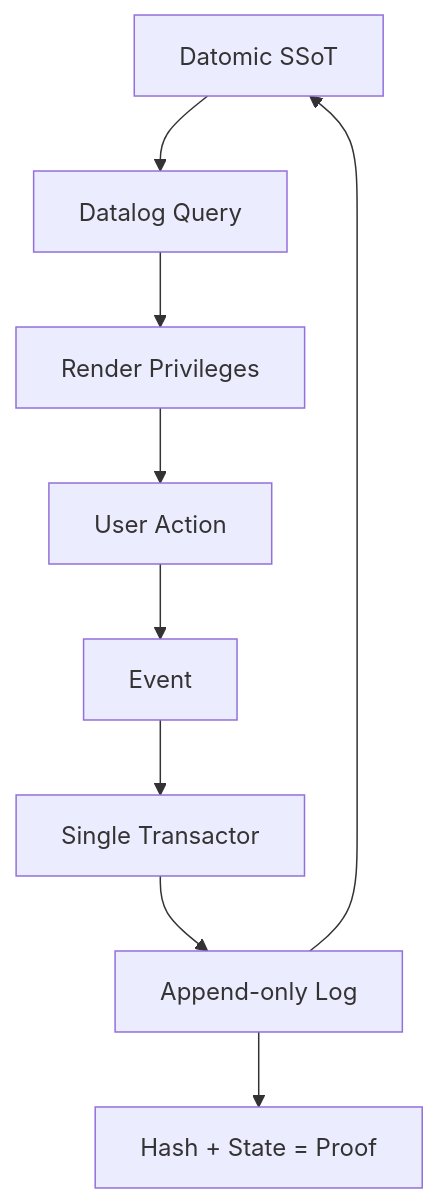
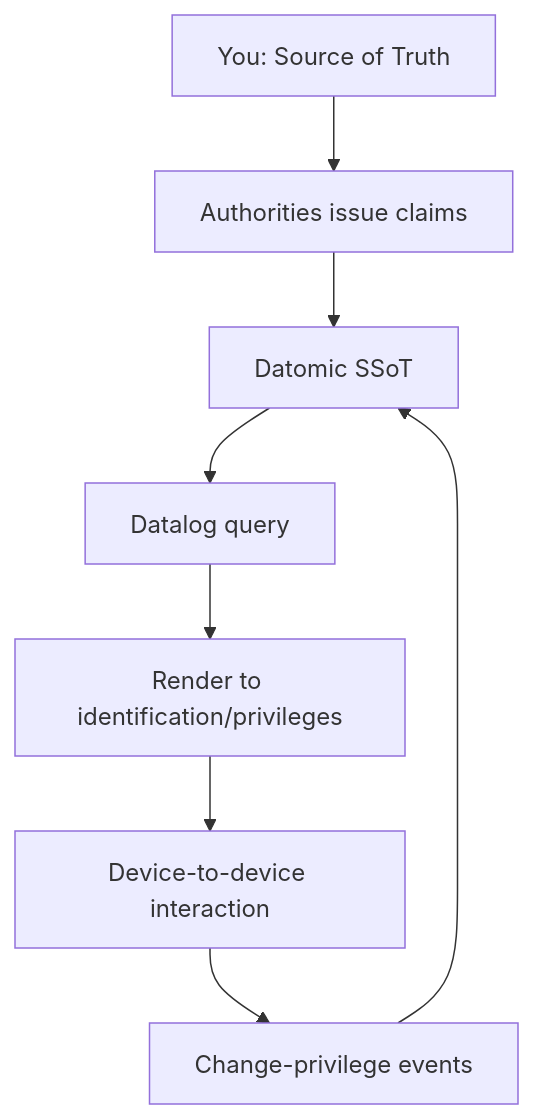
The second of 4 diagrams in conj-talk-2025.md (Synthetic-Identity-Co/conj-talk-2025), drawn with Mermaid before and after one commit. The commit also changed other lines of this file, not shown here.

````diff
--- a/conj-talk-2025.md
+++ b/conj-talk-2025.md
@@ -243,11 +96,10 @@
 ```mermaid
 graph TD
-    A[Datomic SSoT] --> B[Datalog Query]
-    B --> C[Render Privileges]
-    C --> D[User Action]
-    D --> E[Event]
-    E --> F[Single Transactor]
-    F --> G[Append-only Log]
-    G --> A
-    G --> H[Hash + State = Proof]
+    A[You: Source of Truth] --> B[Authorities issue claims]
+    B --> C[Datomic SSoT]
+    C --> D[Datalog query]
+    D --> E[Render to identification/privileges]
+    E --> F[Device-to-device interaction]
+    F --> G[Change-privilege events]
+    G --> C
 ```
````
